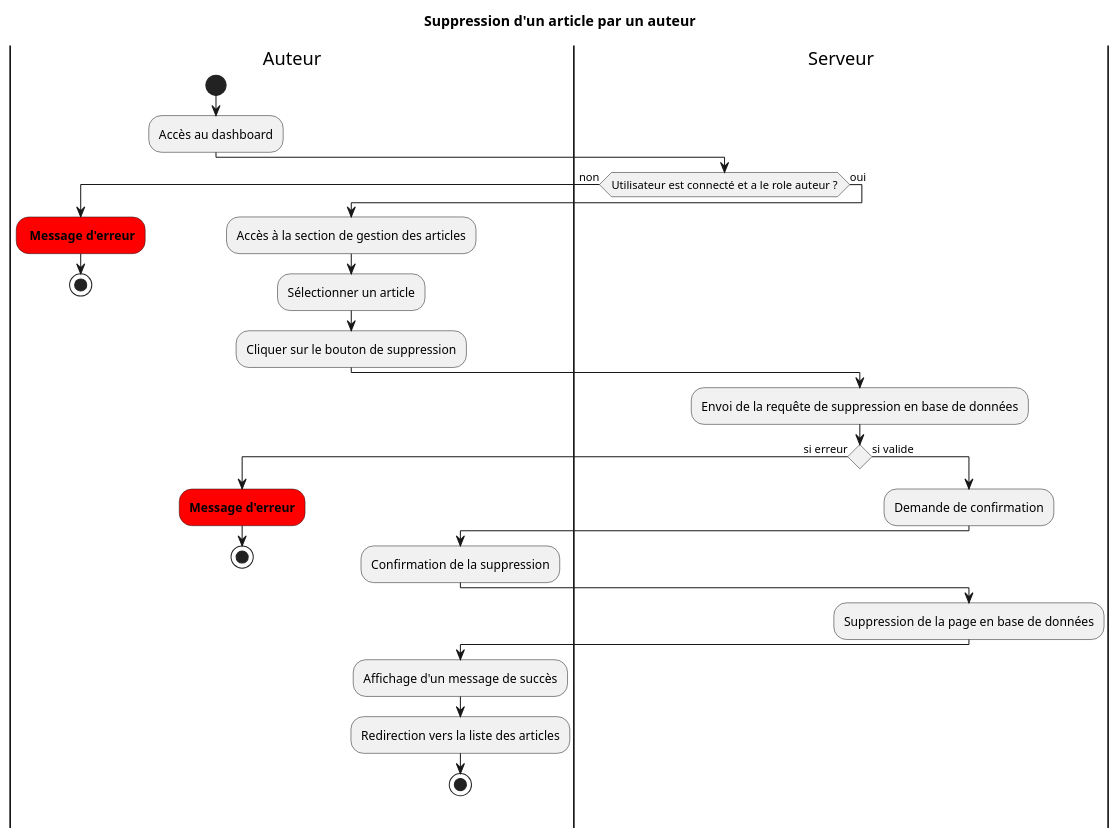
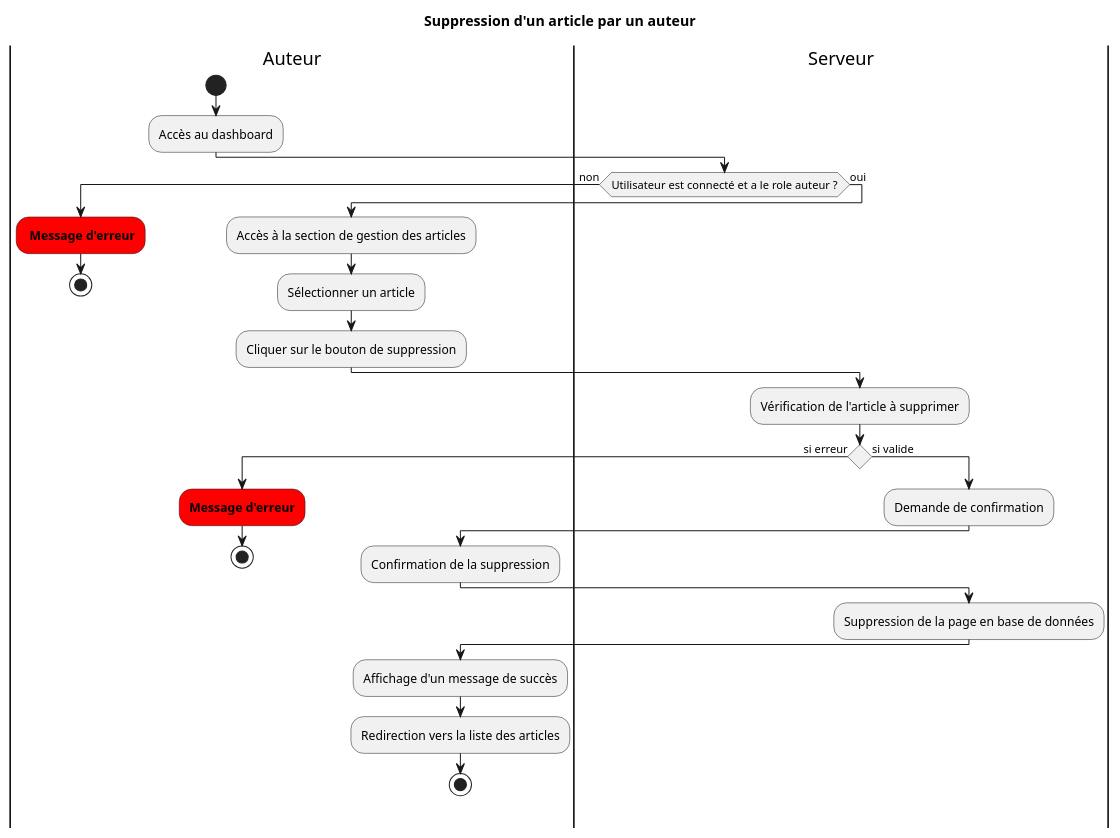
The diagram in public/conception/diagrammes/activite/AuteurDeleteArticle.puml (fledgless/PFI-HDF), drawn with PlantUML before and after one commit. The commit also changed 14 other files, not shown here.

Commit message:
ajout des diagrammes d'activité de lecture et de modification d'objet

```diff
--- a/public/conception/diagrammes/activite/AuteurDeleteArticle.puml
+++ b/public/conception/diagrammes/activite/AuteurDeleteArticle.puml
@@ -1,36 +1,36 @@
 @startuml AuteurDeleteArticle
 title Suppression d'un article par un auteur
 
 |Auteur|
 start
 :Accès au dashboard;
 |Serveur|
 if (Utilisateur est connecté et a le role auteur ?) then (non)
   |Auteur|
   #red: **Message d'erreur**;
   stop
 else (oui)
   |Auteur|
   :Accès à la section de gestion des articles;
   :Sélectionner un article;
     :Cliquer sur le bouton de suppression;
   |Serveur|
-  :Envoi de la requête de suppression en base de données;
+  :Vérification de l'article à supprimer;
   if () is (si erreur) then
     |Auteur|
     #red:**Message d'erreur**;
     stop
   else (si valide)
     |Serveur|
     :Demande de confirmation;
     |Auteur|
     :Confirmation de la suppression;
     |Serveur|
     :Suppression de la page en base de données;
     |Auteur|
     :Affichage d'un message de succès;
     :Redirection vers la liste des articles;
     stop
   endif
 endif
 @enduml
```
